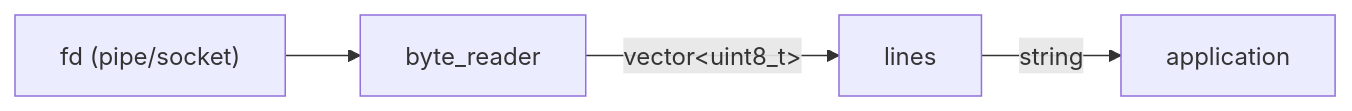
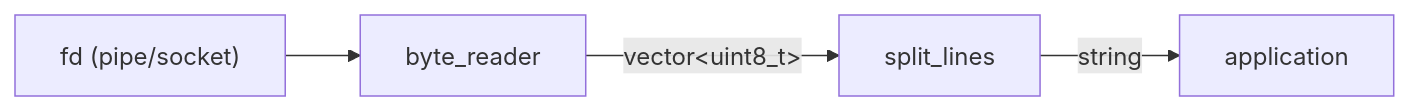
One commit to marcelocantos/csp changed the second of 2 diagrams in docs/guide/06-io.md. Above: the diagram before and after it, drawn with Mermaid. The commit also changed other lines of this file and 11 other files, not shown here.

First line of the commit message:
Rename lines() → split_lines() and fixed() → fixed_frames()

````diff
--- a/docs/guide/06-io.md
+++ b/docs/guide/06-io.md
@@ -194,6 +194,6 @@
 ```mermaid
 graph LR
     FD["fd (pipe/socket)"] --> BR["byte_reader"]
-    BR -- "vector&lt;uint8_t&gt;" --> LN["lines"]
+    BR -- "vector&lt;uint8_t&gt;" --> LN["split_lines"]
     LN -- "string" --> APP["application"]
 ```
````
